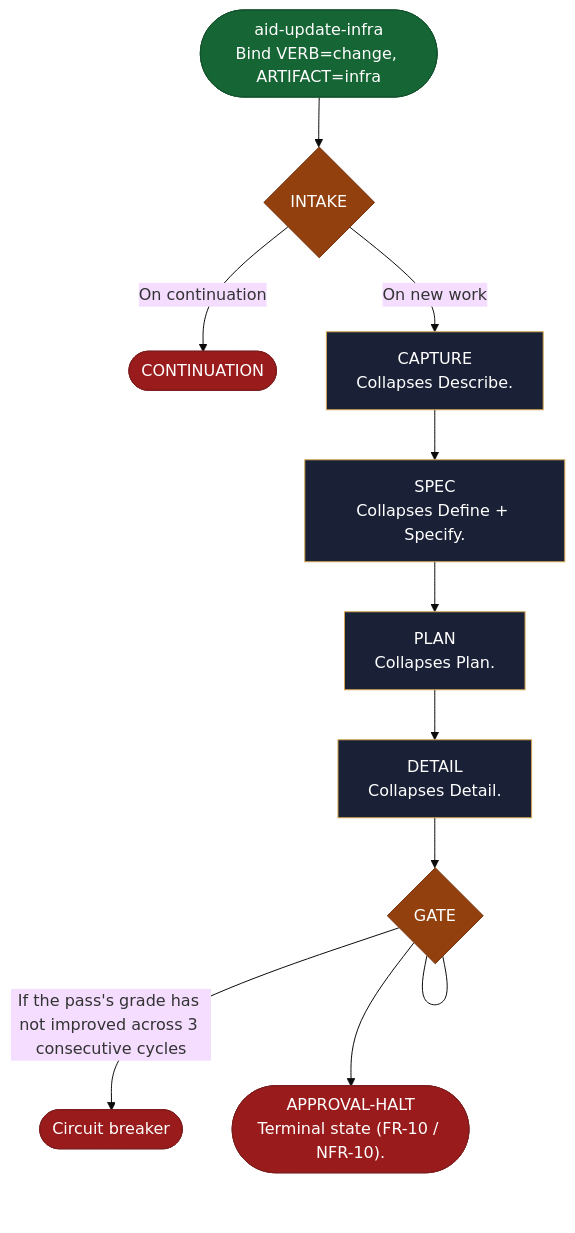
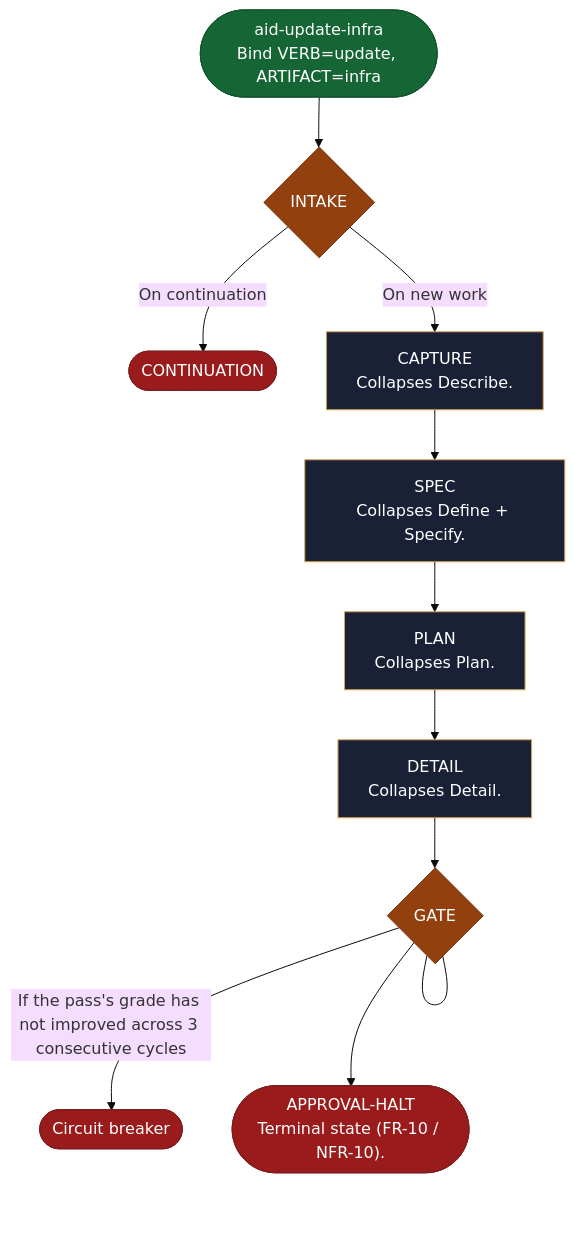
The diagram in site/src/content/docs/skills/aid-update-infra.md (AndreVianna/aid-methodology), drawn with Mermaid (base theme) before and after one commit. The commit also changed other lines of this file and 99 other files, not shown here.

````diff
--- a/site/src/content/docs/skills/aid-update-infra.md
+++ b/site/src/content/docs/skills/aid-update-infra.md
@@ -20,49 +20,49 @@
 ```mermaid
 flowchart TB
   classDef aidNode color:#fff
   classDef aidEntry fill:#166534,stroke:#14532d,color:#fff
   classDef aidExit fill:#991b1b,stroke:#7f1d1d,color:#fff
   classDef aidDecision fill:#92400e,stroke:#78350f,color:#fff
   classDef aidLoopBack fill:#1e3a8a,stroke:#1e3a8a,color:#fff
   classDef aidStep fill:#1a2035,stroke:#d4a853,color:#f1f5f9
-  n1(["aid-update-infra<br/>Bind VERB=change, ARTIFACT=infra"])
+  n1(["aid-update-infra<br/>Bind VERB=update, ARTIFACT=infra"])
   n2{"INTAKE"}
   n3(["CONTINUATION"])
   n4["CAPTURE<br/>Collapses Describe."]
   n5["SPEC<br/>Collapses Define + Specify."]
   n6["PLAN<br/>Collapses Plan."]
   n7["DETAIL<br/>Collapses Detail."]
   n8{"GATE"}
   n9(["Circuit breaker"])
   n10(["APPROVAL-HALT<br/>Terminal state (FR-10 / NFR-10)."])
   n1 --> n2
   n2 -->|"On continuation"| n3
   n2 -->|"On new work"| n4
   n4 --> n5
   n5 --> n6
   n6 --> n7
   n7 --> n8
   n8 --- n8
   n8 -->|"If the pass's grade has not improved across 3 consecutive cycles"| n9
   n8 --> n10
   class n1 aidEntry
   class n2 aidDecision
   class n3 aidExit
   class n4 aidStep
   class n5 aidStep
   class n6 aidStep
   class n7 aidStep
   class n8 aidDecision
   class n9 aidExit
   class n10 aidExit
   class n1 aidNode
   class n2 aidNode
   class n3 aidNode
   class n4 aidNode
   class n5 aidNode
   class n6 aidNode
   class n7 aidNode
   class n8 aidNode
   class n9 aidNode
   class n10 aidNode
 ```
````
